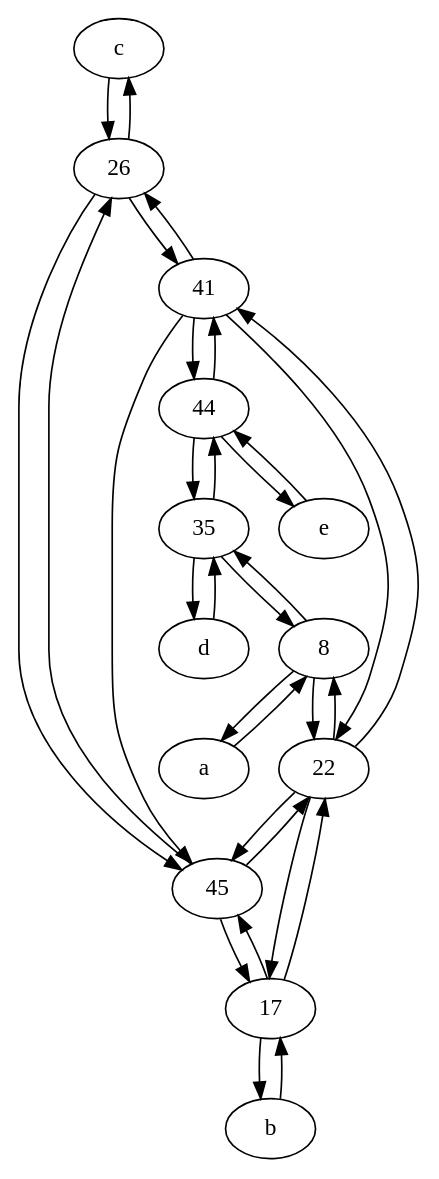
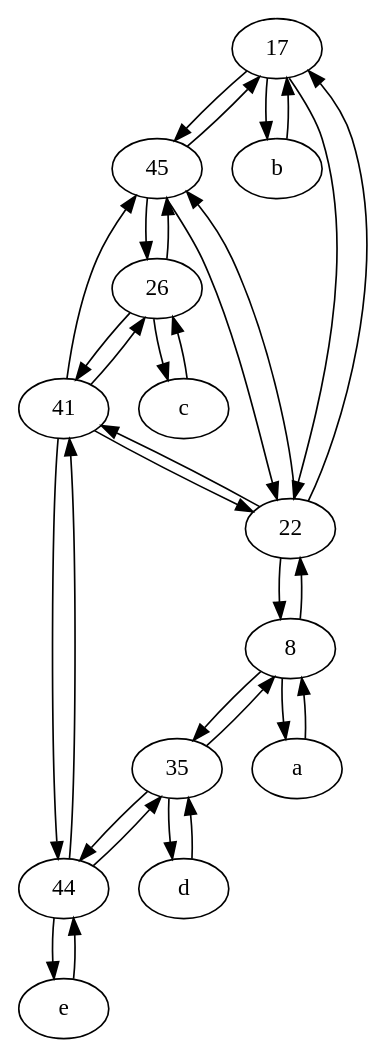
The diagram in results_best/surfnet5/topologyorig.dot (anisabnis/graph_inference), drawn with Graphviz before and after one commit. The commit also changed other lines of this file and 3498 other files, not shown here.

```diff
--- a/results_best/surfnet5/topologyorig.dot
+++ b/results_best/surfnet5/topologyorig.dot
@@ -1,47 +1,47 @@
 digraph  {
+	17;
+	45;
+	41;
+	a [pos="40,10!"];
+	b [pos="50,20!"];
 	c [pos="20,10!"];
+	44;
+	e [pos="30,50!"];
+	8;
+	22;
 	26;
-	a [pos="40,10!"];
-	45;
-	17;
-	22;
 	35;
-	e [pos="30,50!"];
 	d [pos="20,30!"];
-	b [pos="50,20!"];
-	41;
-	8;
-	44;
+	26 -> 45;
+	35 -> 8;
+	44 -> e;
+	22 -> 41;
+	e -> 44;
+	17 -> 22;
+	35 -> 44;
+	b -> 17;
+	35 -> d;
+	41 -> 45;
+	22 -> 45;
+	41 -> 26;
+	41 -> 44;
 	c -> 26;
+	17 -> b;
+	17 -> 45;
 	45 -> 17;
-	17 -> b;
-	22 -> 45;
-	35 -> 8;
+	44 -> 41;
+	26 -> c;
+	26 -> 41;
+	22 -> 8;
+	8 -> a;
+	45 -> 22;
+	8 -> 22;
+	45 -> 26;
+	44 -> 35;
+	d -> 35;
+	a -> 8;
 	8 -> 35;
-	45 -> 26;
-	41 -> 45;
+	22 -> 17;
 	41 -> 22;
-	44 -> 35;
-	26 -> c;
-	22 -> 8;
-	44 -> e;
-	26 -> 45;
-	45 -> 22;
-	41 -> 44;
-	17 -> 45;
-	41 -> 26;
-	22 -> 17;
-	17 -> 22;
-	8 -> 22;
-	e -> 44;
-	35 -> d;
-	22 -> 41;
-	26 -> 41;
-	35 -> 44;
-	44 -> 41;
-	8 -> a;
-	a -> 8;
-	b -> 17;
-	d -> 35;
 
 	}
```
